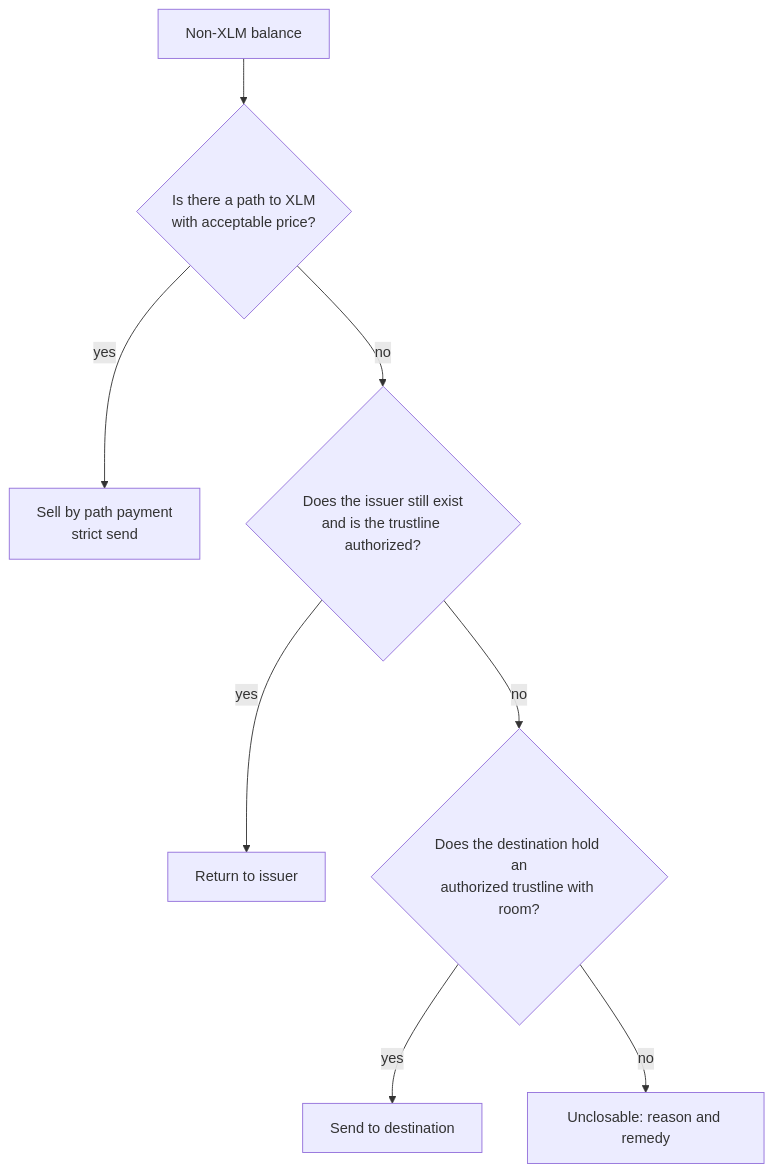
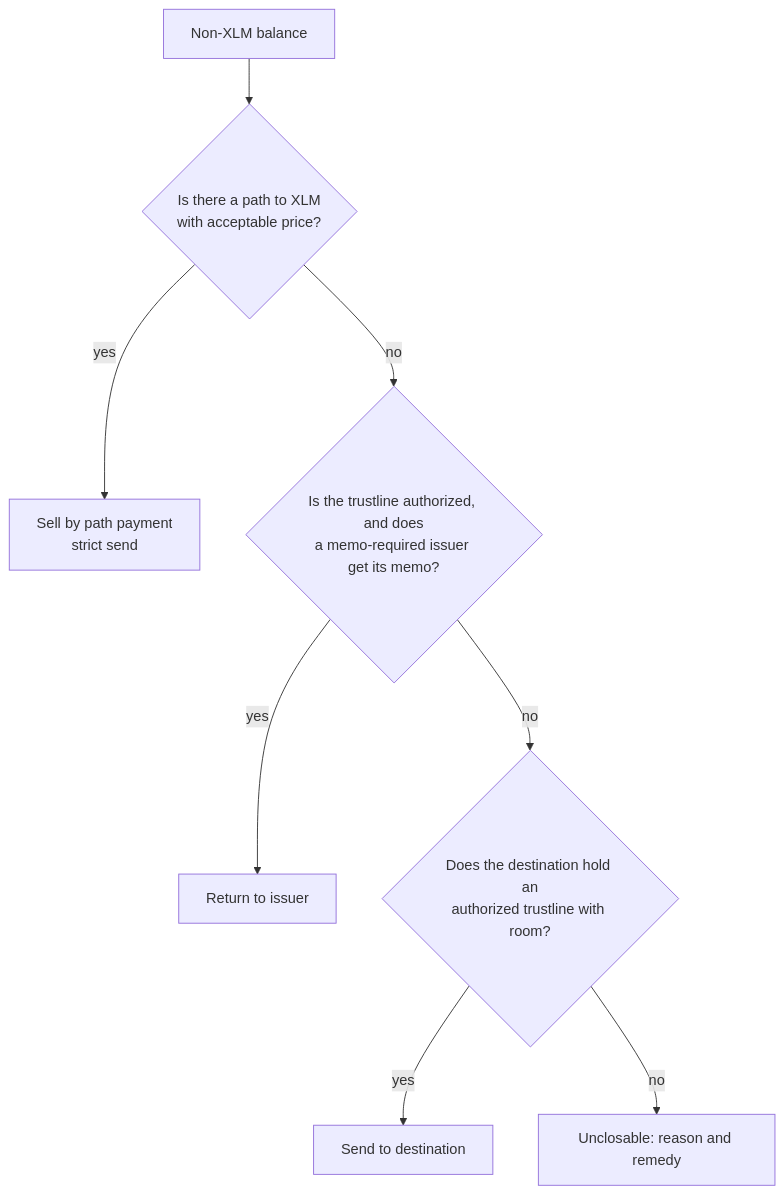
One commit to 0xsimoneth/dustin changed the diagram in docs/write-up-outline.md. Above: the diagram before and after it, drawn with Mermaid. The commit also changed other lines of this file, not shown here.

````diff
--- a/docs/write-up-outline.md
+++ b/docs/write-up-outline.md
@@ -52,10 +52,10 @@
 ```mermaid
 flowchart TD
     A[Non-XLM balance] --> B{Is there a path to XLM<br/>with acceptable price?}
     B -- yes --> C[Sell by path payment<br/>strict send]
-    B -- no --> D{Does the issuer still exist<br/>and is the trustline authorized?}
+    B -- no --> D{Is the trustline authorized, and does<br/>a memo-required issuer get its memo?}
     D -- yes --> E[Return to issuer]
     D -- no --> F{Does the destination hold an<br/>authorized trustline with room?}
     F -- yes --> G[Send to destination]
     F -- no --> H[Unclosable: reason and remedy]
 ```
````
